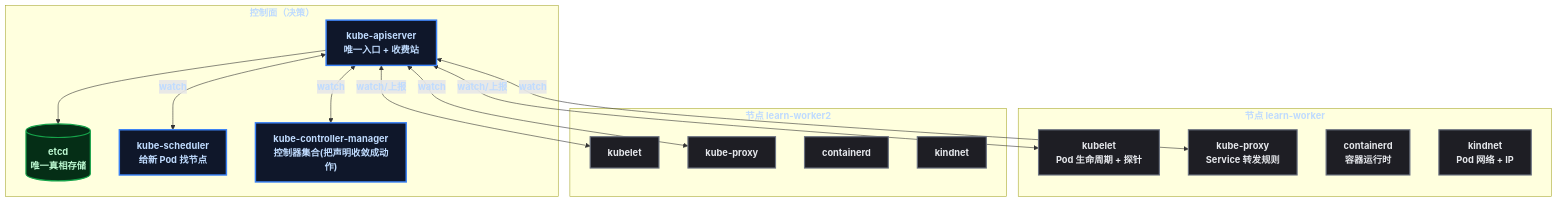
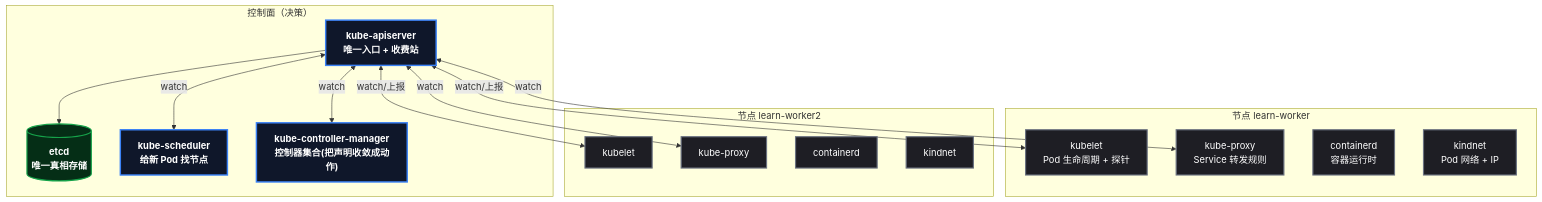
One commit to yaocat55/yaocat55.github.io changed the first of 3 diagrams in content/posts/kubernetes/K8sComponentsDeepDive.md. Above: the diagram before and after it, drawn with Mermaid. The commit also changed other lines of this file and 27 other files, not shown here.

Commit message:
docs: 全系列 93 张 Mermaid 图 classDef 改为 style 强制深底白字(修复部分渲染器白底浅字)+历史文件格式清理

````diff
--- a/content/posts/kubernetes/K8sComponentsDeepDive.md
+++ b/content/posts/kubernetes/K8sComponentsDeepDive.md
@@ -42,38 +42,43 @@
 ```mermaid
 %% K8s 组件全景: 控制面 4 件套 + 节点 4 件套
 flowchart TD
-    classDef root fill:#0f172a,stroke:#3b82f6,stroke-width:2.5px,color:#bfdbfe,font-weight:bold;
-    classDef process fill:#1e1e24,stroke:#6b7280,stroke-width:2px,color:#e5e7eb;
-    classDef data fill:#052e16,stroke:#16a34a,stroke-width:2px,color:#bbf7d0,font-weight:bold;
 
     subgraph CP["控制面（决策）"]
         API["kube-apiserver\n唯一入口 + 收费站"]
         ETCD[("etcd\n唯一真相存储")]
         SCH["kube-scheduler\n给新 Pod 找节点"]
         CM["kube-controller-manager\n控制器集合(把声明收敛成动作)"]
     end
     subgraph N1["节点 learn-worker"]
         KL1["kubelet\nPod 生命周期 + 探针"]
         KP1["kube-proxy\nService 转发规则"]
         CT1["containerd\n容器运行时"]
         CNI1["kindnet\nPod 网络 + IP"]
     end
     subgraph N2["节点 learn-worker2"]
         KL2["kubelet"]
         KP2["kube-proxy"]
         CT2["containerd"]
         CNI2["kindnet"]
     end
 
     API --> ETCD
     API <-->|"watch/上报"| KL1
     API <-->|"watch/上报"| KL2
     API <-->|"watch"| KP1
     API <-->|"watch"| KP2
     API <-->|"watch"| SCH
     API <-->|"watch"| CM
-
-    class API,SCH,CM root;
-    class ETCD data;
-    class KL1,KL2,KP1,KP2,CT1,CT2,CNI1,CNI2 process;
+    style API fill:#0f172a,stroke:#3b82f6,stroke-width:2.5px,color:#ffffff,font-weight:bold
+    style SCH fill:#0f172a,stroke:#3b82f6,stroke-width:2.5px,color:#ffffff,font-weight:bold
+    style CM fill:#0f172a,stroke:#3b82f6,stroke-width:2.5px,color:#ffffff,font-weight:bold
+    style ETCD fill:#052e16,stroke:#16a34a,stroke-width:2px,color:#ffffff,font-weight:bold
+    style KL1 fill:#1e1e24,stroke:#6b7280,stroke-width:2px,color:#ffffff
+    style KL2 fill:#1e1e24,stroke:#6b7280,stroke-width:2px,color:#ffffff
+    style KP1 fill:#1e1e24,stroke:#6b7280,stroke-width:2px,color:#ffffff
+    style KP2 fill:#1e1e24,stroke:#6b7280,stroke-width:2px,color:#ffffff
+    style CT1 fill:#1e1e24,stroke:#6b7280,stroke-width:2px,color:#ffffff
+    style CT2 fill:#1e1e24,stroke:#6b7280,stroke-width:2px,color:#ffffff
+    style CNI1 fill:#1e1e24,stroke:#6b7280,stroke-width:2px,color:#ffffff
+    style CNI2 fill:#1e1e24,stroke:#6b7280,stroke-width:2px,color:#ffffff
 ```
````
